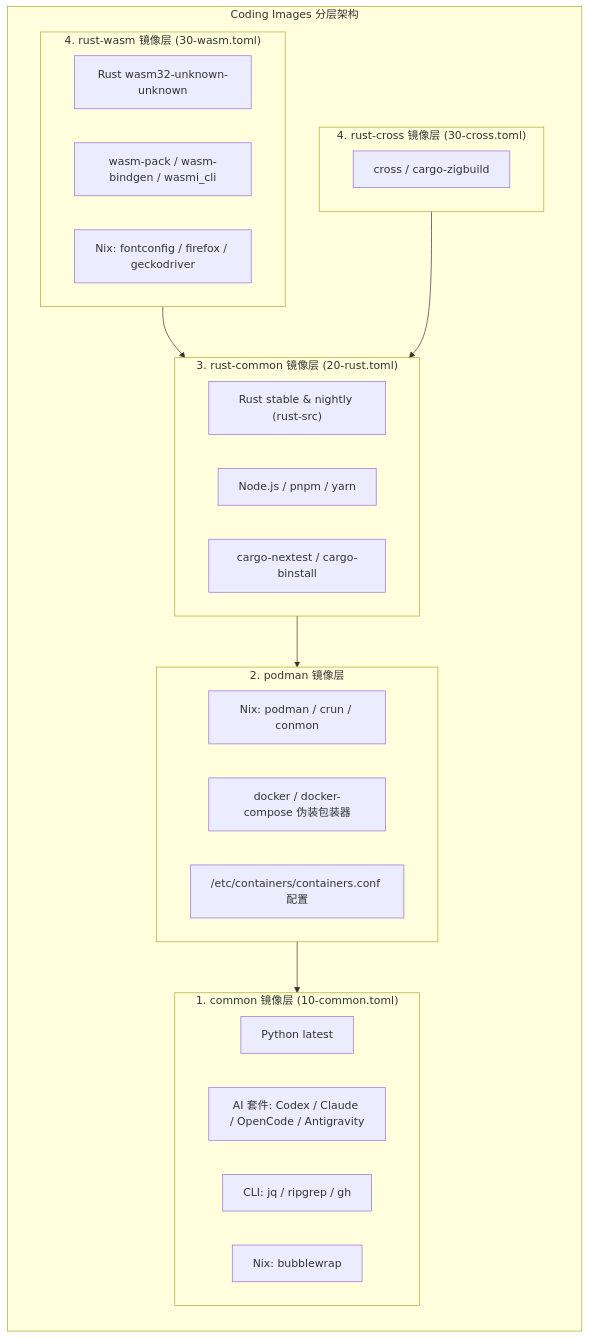
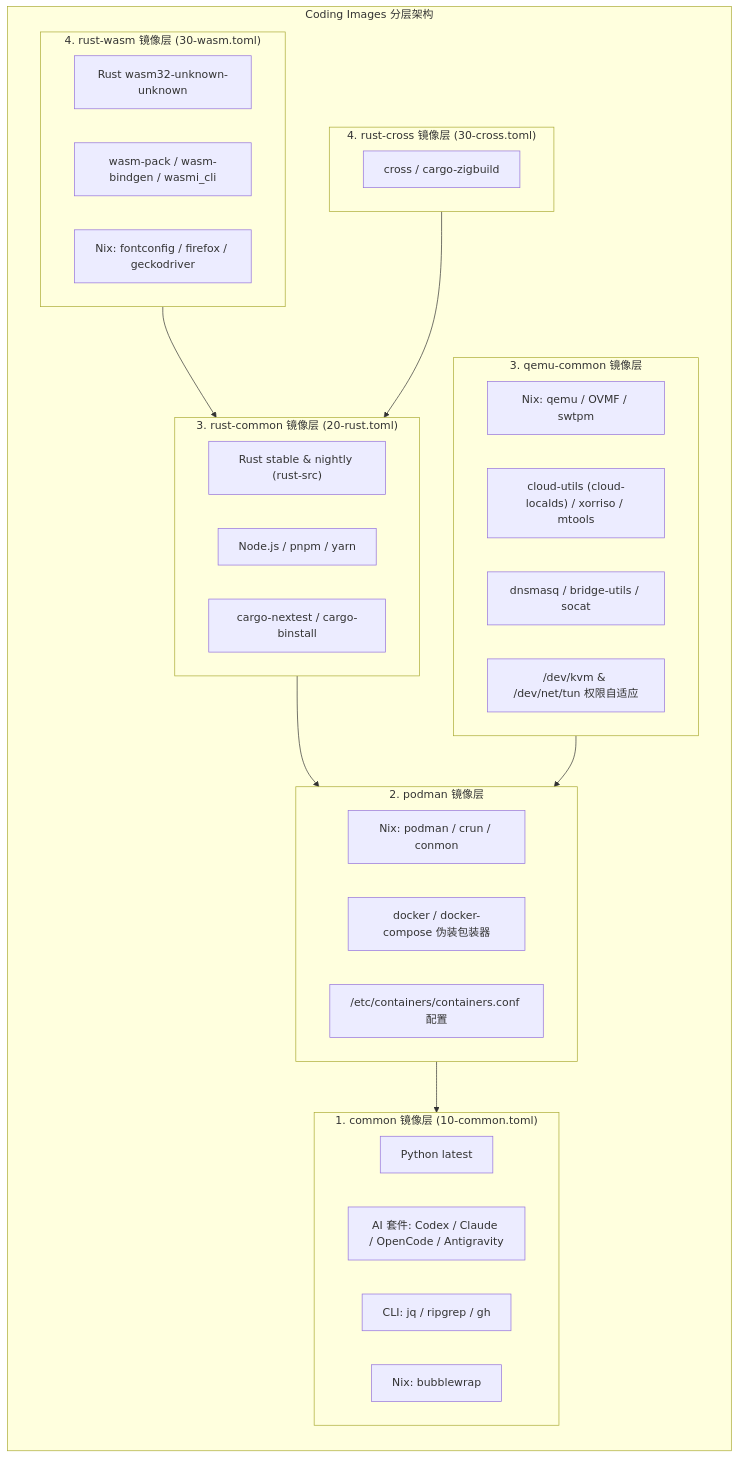
Before and after one commit to shaogme/coding-images: the second of 5 diagrams in README.md, drawn with Mermaid. The commit also changed other lines of this file and 7 other files, not shown here.

````diff
--- a/README.md
+++ b/README.md
@@ -186,40 +209,48 @@
 ```mermaid
 flowchart TB
     subgraph ContainerHierarchy["Coding Images 分层架构"]
         direction TB
 
         subgraph CommonLayer["1. common 镜像层 (10-common.toml)"]
             Python["Python latest"]
             AITools["AI 套件: Codex / Claude / OpenCode / Antigravity"]
             Utils["CLI: jq / ripgrep / gh"]
             NixBase["Nix: bubblewrap"]
         end
 
         subgraph PodmanLayer["2. podman 镜像层"]
             NixPodman["Nix: podman / crun / conmon"]
             Wrappers["docker / docker-compose 伪装包装器"]
             ContainersConf["/etc/containers/containers.conf 配置"]
         end
 
         subgraph RustLayer["3. rust-common 镜像层 (20-rust.toml)"]
             RustToolchains["Rust stable & nightly (rust-src)"]
             NodeTools["Node.js / pnpm / yarn"]
             CargoTools["cargo-nextest / cargo-binstall"]
         end
 
+        subgraph QemuLayer["3. qemu-common 镜像层"]
+            NixQemu["Nix: qemu / OVMF / swtpm"]
+            CloudTools["cloud-utils (cloud-localds) / xorriso / mtools"]
+            NetTools["dnsmasq / bridge-utils / socat"]
+            KvmDev["/dev/kvm & /dev/net/tun 权限自适应"]
+        end
+
         subgraph WasmLayer["4. rust-wasm 镜像层 (30-wasm.toml)"]
             WasmTargets["Rust wasm32-unknown-unknown"]
             WasmTools["wasm-pack / wasm-bindgen / wasmi_cli"]
             NixWasm["Nix: fontconfig / firefox / geckodriver"]
         end
 
         subgraph CrossLayer["4. rust-cross 镜像层 (30-cross.toml)"]
             CrossTools["cross / cargo-zigbuild"]
         end
 
         WasmLayer --> RustLayer
         CrossLayer --> RustLayer
         RustLayer --> PodmanLayer
+        QemuLayer --> PodmanLayer
         PodmanLayer --> CommonLayer
     end
 ```
````
